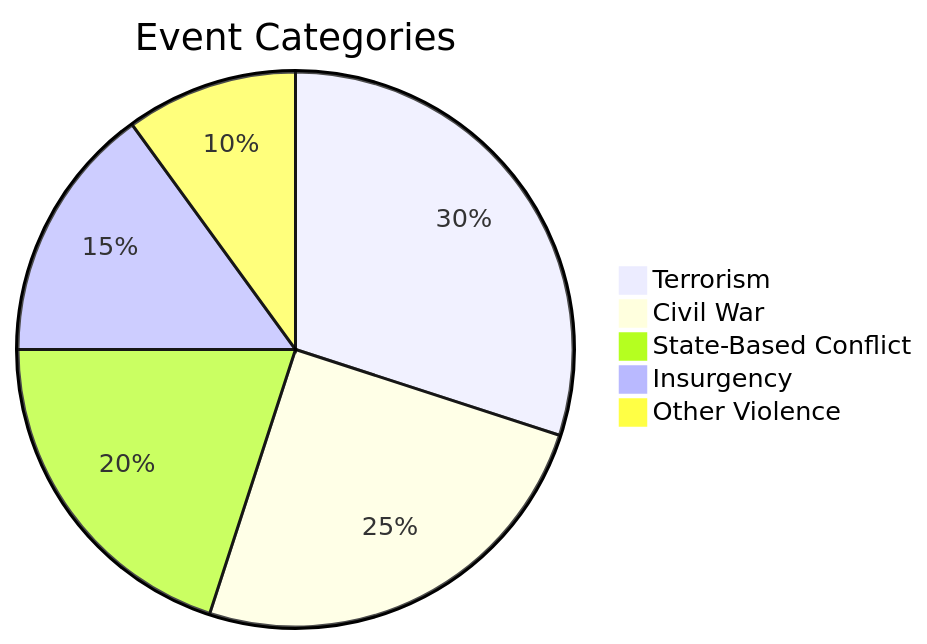
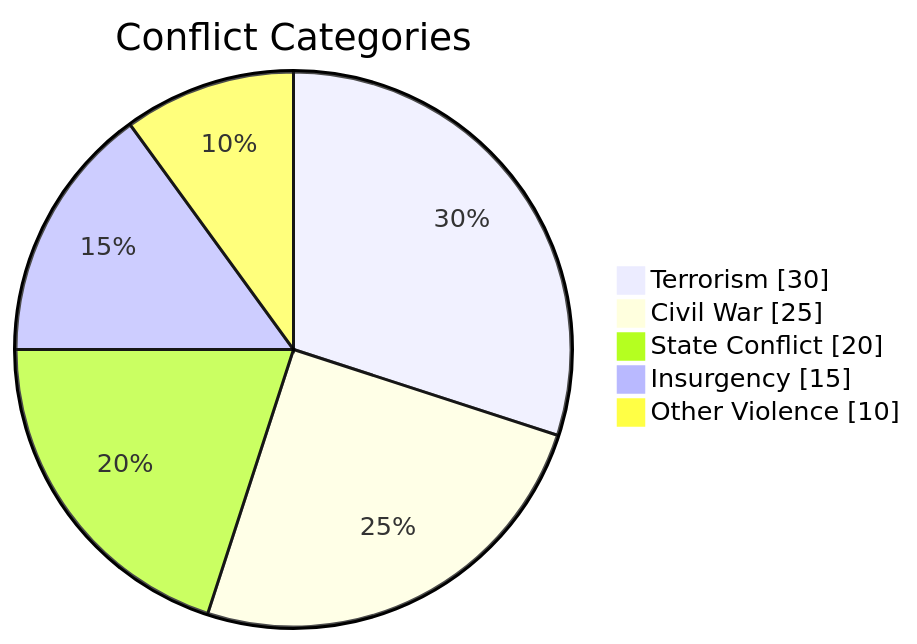
The fourth of 4 diagrams in README.md (lala-david/conflict-intel), drawn with Mermaid before and after one commit. The commit also changed other lines of this file, not shown here.

Commit message:
docs: redesign README — clean Mermaid diagrams, modern layout

````diff
--- a/README.md
+++ b/README.md
@@ -118,8 +131,9 @@
 ```mermaid
-pie title Event Categories
+pie showData
+    title Conflict Categories
     "Terrorism" : 30
     "Civil War" : 25
-    "State-Based Conflict" : 20
+    "State Conflict" : 20
     "Insurgency" : 15
     "Other Violence" : 10
 ```
````
